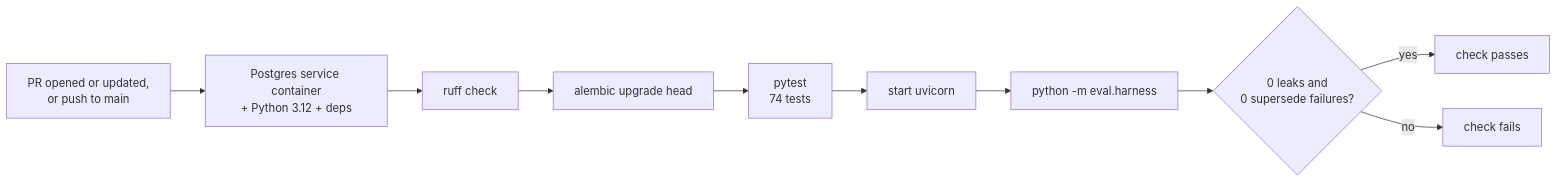
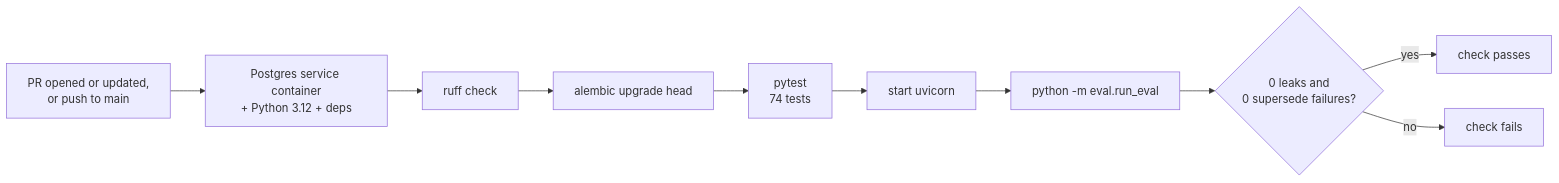
The tenth of 10 diagrams in README.md (ZiadHendawy/mutable), drawn with Mermaid before and after one commit. The commit also changed other lines of this file and 14 other files, not shown here.

````diff
--- a/README.md
+++ b/README.md
@@ -430,12 +431,12 @@
 ```mermaid
 flowchart LR
     trig["PR opened or updated,<br/>or push to main"] --> setup["Postgres service container<br/>+ Python 3.12 + deps"]
     setup --> lint["ruff check"]
     lint --> mig["alembic upgrade head"]
     mig --> test["pytest<br/>74 tests"]
     test --> up["start uvicorn"]
-    up --> ev["python -m eval.harness"]
+    up --> ev["python -m eval.run_eval"]
     ev --> gate{"0 leaks and<br/>0 supersede failures?"}
     gate -- yes --> ok["check passes"]
     gate -- no --> bad["check fails"]
 ```
````
